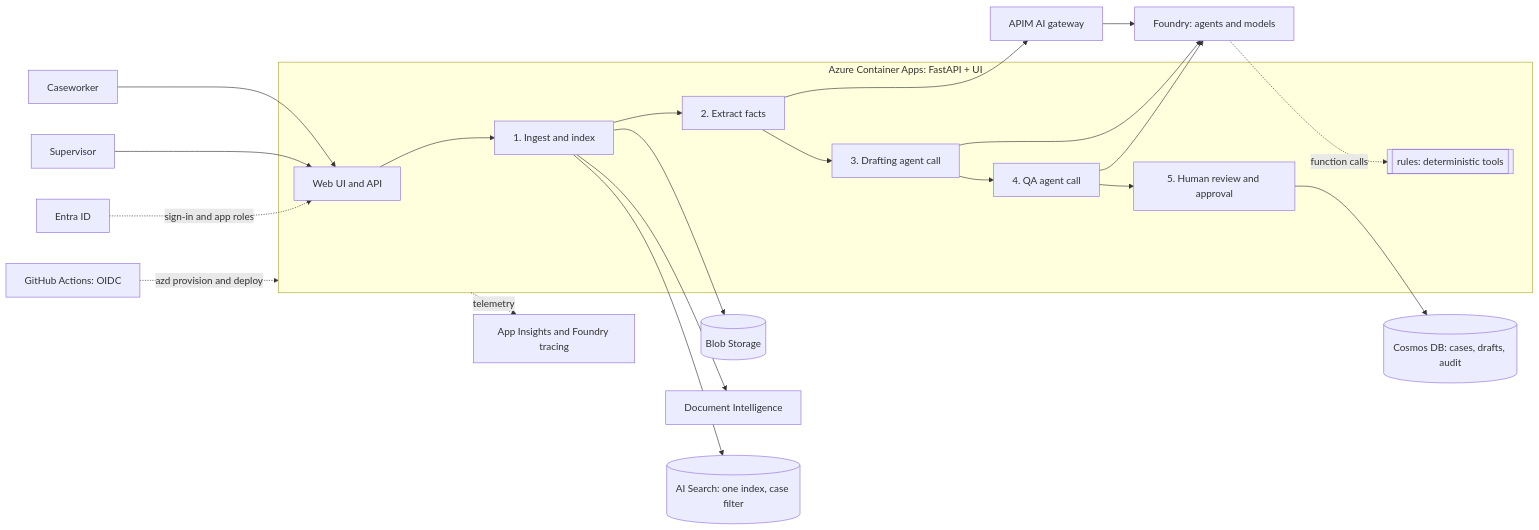
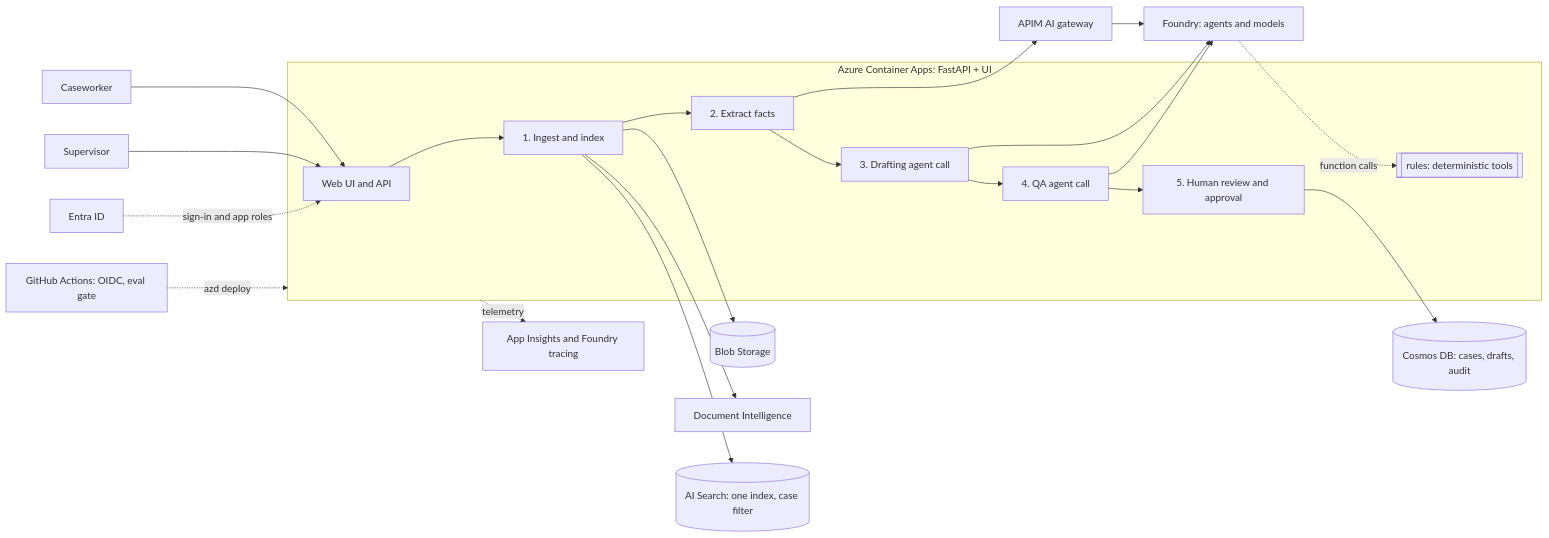
Before and after one commit to albitusha-create/case-assessment-assistant: the first of 2 diagrams in docs/architecture.md, drawn with Mermaid. The commit also changed other lines of this file and 2 other files, not shown here.

Commit message:
Complete the README: workflow, evaluation, deploy, production next steps

````diff
--- a/docs/architecture.md
+++ b/docs/architecture.md
@@ -5,25 +5,25 @@
 ```mermaid
 flowchart LR
     CW[Caseworker] --> UI
     SV[Supervisor] --> UI
     subgraph ACA[Azure Container Apps: FastAPI + UI]
         UI[Web UI and API] --> ING[1. Ingest and index]
         ING --> EXT[2. Extract facts]
         EXT --> DRA[3. Drafting agent call]
         DRA --> QA[4. QA agent call]
         QA --> REV[5. Human review and approval]
         RULES[[rules: deterministic tools]]
     end
     ING --> BLOB[(Blob Storage)]
     ING --> DI[Document Intelligence]
     ING --> SRCH[(AI Search: one index, case filter)]
     EXT --> APIM[APIM AI gateway]
     APIM --> FDY[Foundry: agents and models]
     DRA --> FDY
     QA --> FDY
     FDY -. function calls .-> RULES
     REV --> COS[(Cosmos DB: cases, drafts, audit)]
     ACA -. telemetry .-> AI[App Insights and Foundry tracing]
     ENTRA[Entra ID] -. sign-in and app roles .-> UI
-    GH[GitHub Actions: OIDC] -. azd provision and deploy .-> ACA
+    GH[GitHub Actions: OIDC, eval gate] -. azd deploy .-> ACA
 ```
````
